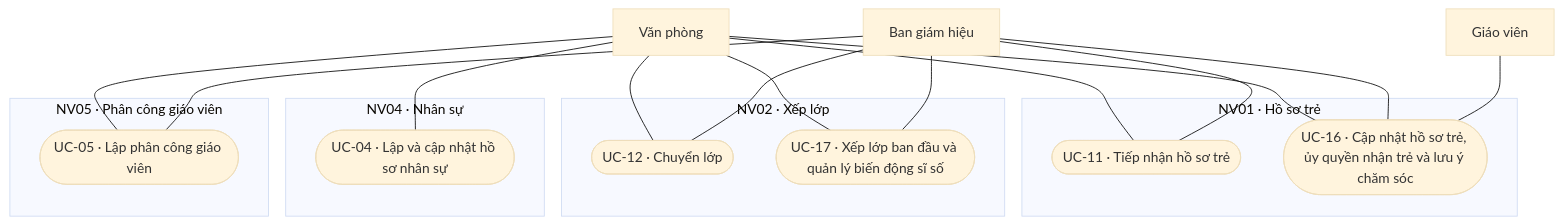
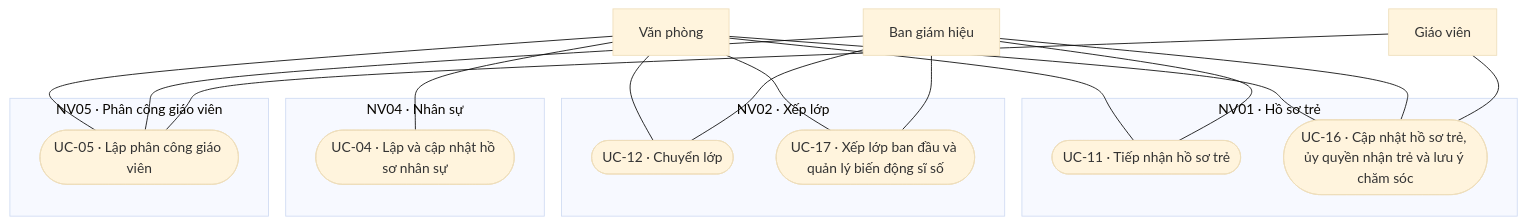
The second of 4 diagrams in docs/analysis/diagrams/use-case-toan-he-thong.md (CAMEL1204/Kindergarten-Management-System), drawn with Mermaid (base theme) before and after one commit. The commit also changed other lines of this file and 5 other files, not shown here.

````diff
--- a/docs/analysis/diagrams/use-case-toan-he-thong.md
+++ b/docs/analysis/diagrams/use-case-toan-he-thong.md
@@ -29,32 +29,33 @@
 ```mermaid
 flowchart TD
     subgraph N01["NV01 · Hồ sơ trẻ"]
         U11(["UC-11 · Tiếp nhận hồ sơ trẻ"])
         U16(["UC-16 · Cập nhật hồ sơ trẻ, ủy quyền nhận trẻ và lưu ý chăm sóc"])
     end
     subgraph N02["NV02 · Xếp lớp"]
         U12(["UC-12 · Chuyển lớp"])
         U17(["UC-17 · Xếp lớp ban đầu và quản lý biến động sĩ số"])
     end
     subgraph N04["NV04 · Nhân sự"]
         U04(["UC-04 · Lập và cập nhật hồ sơ nhân sự"])
     end
     subgraph N05["NV05 · Phân công giáo viên"]
         U05(["UC-05 · Lập phân công giáo viên"])
     end
     A1["Văn phòng"]
     A2["Ban giám hiệu"]
     A3["Giáo viên"]
     A1 --- U11
     A2 --- U11
     A1 --- U16
     A2 --- U16
     A3 --- U16
     A1 --- U12
     A2 --- U12
     A1 --- U17
     A2 --- U17
     A1 --- U04
     A1 --- U05
     A2 --- U05
+    A3 --- U05
 ```
````
